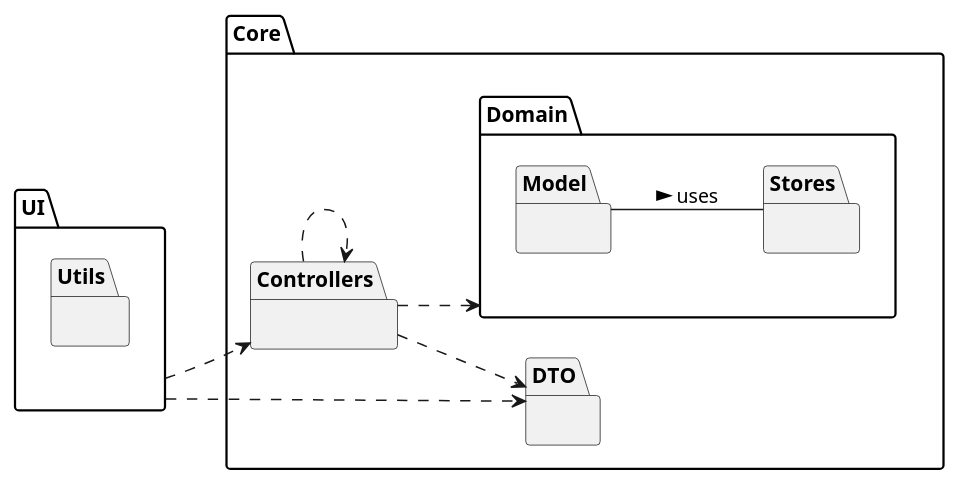
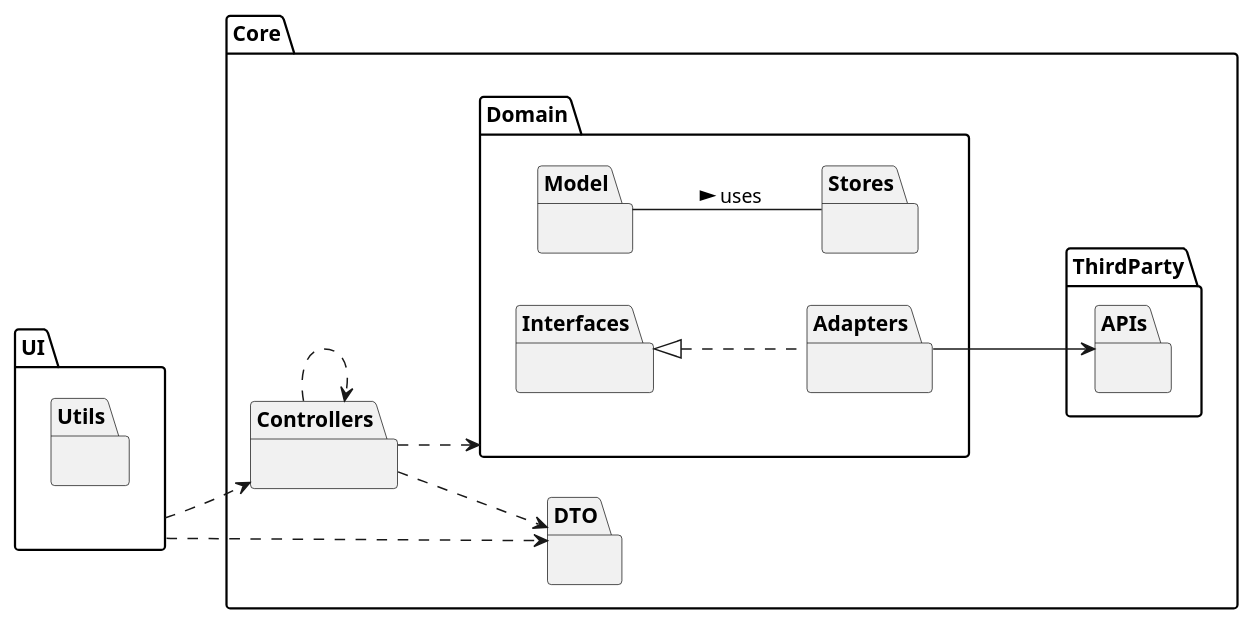
One commit to ana-albergaria/LAPR2-ISEP changed the diagram in docs/SprintD/US_17/US17_PD_nivel1.puml. Above: the diagram before and after it, drawn with PlantUML. The commit also changed 11 other files, not shown here.

Commit message:
fixing wrong interpretartion of us17 in diagrams

```diff
--- a/docs/SprintD/US_17/US17_PD_nivel1.puml
+++ b/docs/SprintD/US_17/US17_PD_nivel1.puml
@@ -1,49 +1,55 @@
 @startuml
 hide empty methods
 hide empty attributes
 left to right direction
 skinparam classAttributeIconSize 0
 
 package Core {
 
 package Domain {
 
-package Model {
+package Model {}
+
+package Stores {}
+
+package Adapters {
 
 }
 
-package Stores {
-
-
-}
+package Interfaces {}
 
 }
 
 package DTO {
 
 }
 
 package Controllers {
 
 
+}
+
+package ThirdParty {
+package APIs {}
 }
 
 }
 
 package UI {
 package Utils {
 
 }
 
 
 }
 
 Controllers ..> Domain
 Controllers ..> DTO
 Controllers ..> Controllers
 UI ..> Controllers
 UI ..> DTO
 Model -- Stores : uses >
-
+Interfaces <|.. Adapters
+Adapters --> APIs
 
 @enduml
```
